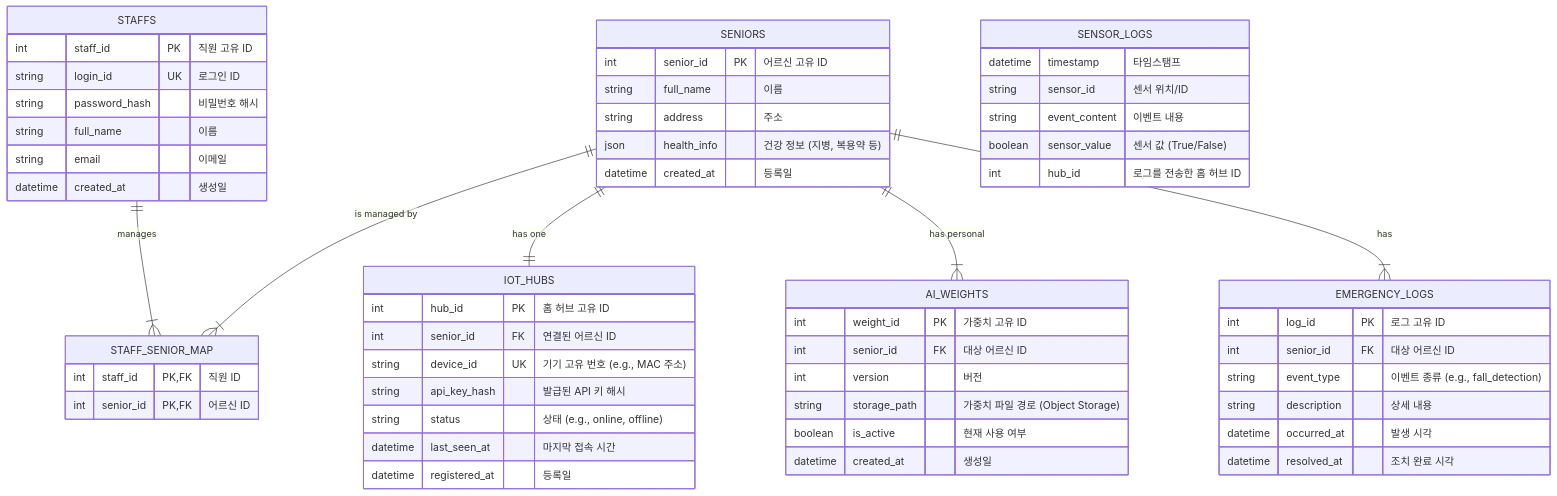
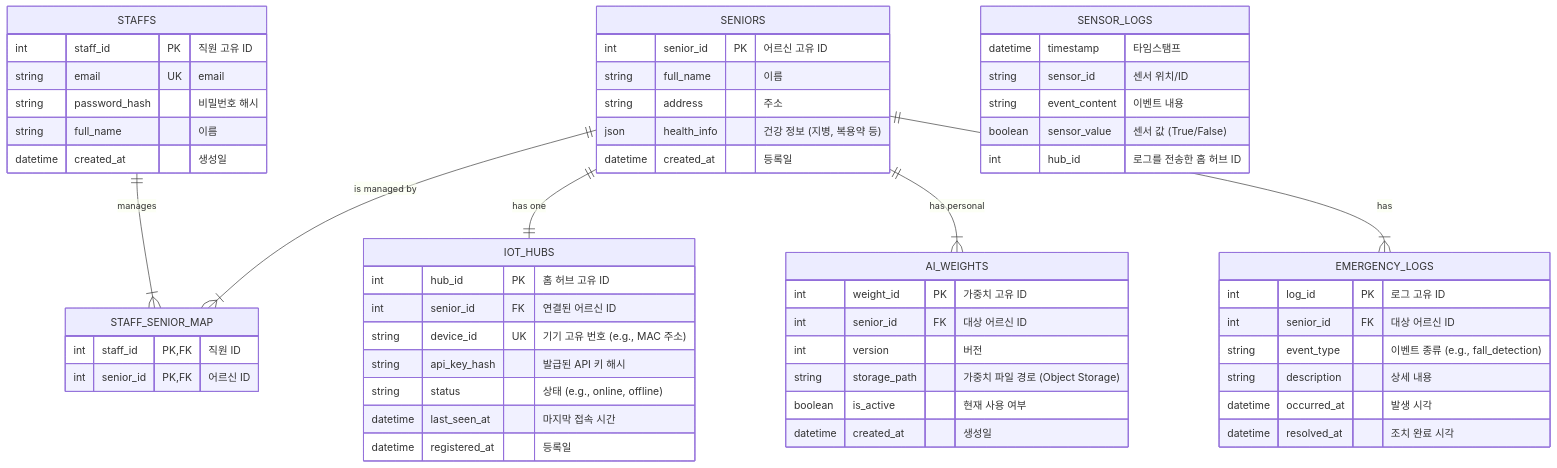
Before and after one commit to jiminh03/SST: the fourth of 4 diagrams in BackEnd/design/프로젝트 문서/백엔드 기능 명세.md, drawn with Mermaid. The commit also changed 10 other files, not shown here.

````diff
--- a/BackEnd/design/프로젝트 문서/백엔드 기능 명세.md
+++ b/BackEnd/design/프로젝트 문서/백엔드 기능 명세.md
@@ -136,74 +136,73 @@
 ```mermaid
 erDiagram
     %% --- Entities Definition ---
 
     STAFFS {
         int staff_id PK "직원 고유 ID"
-        string login_id UK "로그인 ID"
+        string email UK "email"
         string password_hash "비밀번호 해시"
         string full_name "이름"
-        string email "이메일"
         datetime created_at "생성일"
     }
 
     SENIORS {
         int senior_id PK "어르신 고유 ID"
         string full_name "이름"
         string address "주소"
         json health_info "건강 정보 (지병, 복용약 등)"
         datetime created_at "등록일"
     }
 
     STAFF_SENIOR_MAP {
         int staff_id PK, FK "직원 ID"
         int senior_id PK, FK "어르신 ID"
     }
 
     IOT_HUBS {
         int hub_id PK "홈 허브 고유 ID"
         int senior_id FK "연결된 어르신 ID"
         string device_id UK "기기 고유 번호 (e.g., MAC 주소)"
         string api_key_hash "발급된 API 키 해시"
         string status "상태 (e.g., online, offline)"
         datetime last_seen_at "마지막 접속 시간"
         datetime registered_at "등록일"
     }
 
     AI_WEIGHTS {
         int weight_id PK "가중치 고유 ID"
         int senior_id FK "대상 어르신 ID"
         int version "버전"
         string storage_path "가중치 파일 경로 (Object Storage)"
         boolean is_active "현재 사용 여부"
         datetime created_at "생성일"
     }
 
     EMERGENCY_LOGS {
         int log_id PK "로그 고유 ID"
         int senior_id FK "대상 어르신 ID"
         string event_type "이벤트 종류 (e.g., fall_detection)"
         string description "상세 내용"
         datetime occurred_at "발생 시각"
         datetime resolved_at "조치 완료 시각"
     }
 
     %% --- Time-Series Data (Logical Representation) ---
     %% 시계열 데이터(센서 로그)는 별도의 Time-Series DB(e.g., TimescaleDB)에 저장됩니다.
     %% 아래는 개념적 표현이며, 실제 테이블은 관계형 DB에 존재하지 않습니다.
     SENSOR_LOGS {
         datetime timestamp "타임스탬프"
         string sensor_id "센서 위치/ID"
         string event_content "이벤트 내용"
         boolean sensor_value "센서 값 (True/False)"
         int hub_id "로그를 전송한 홈 허브 ID"
     }
 
     %% --- Relationships Definition ---
 
     STAFFS ||--|{ STAFF_SENIOR_MAP : "manages"
     SENIORS ||--|{ STAFF_SENIOR_MAP : "is managed by"
 
     SENIORS ||--|| IOT_HUBS : "has one"
     SENIORS ||--|{ AI_WEIGHTS : "has personal"
     SENIORS ||--|{ EMERGENCY_LOGS : "has"
 ```
````
